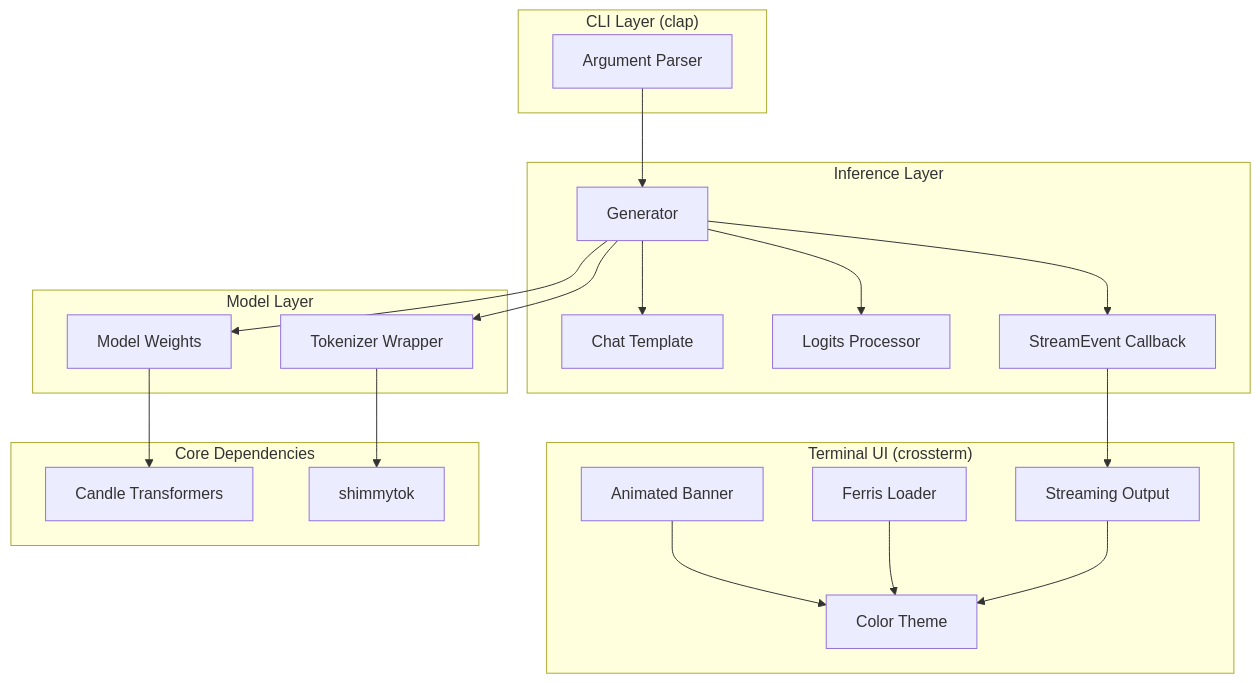
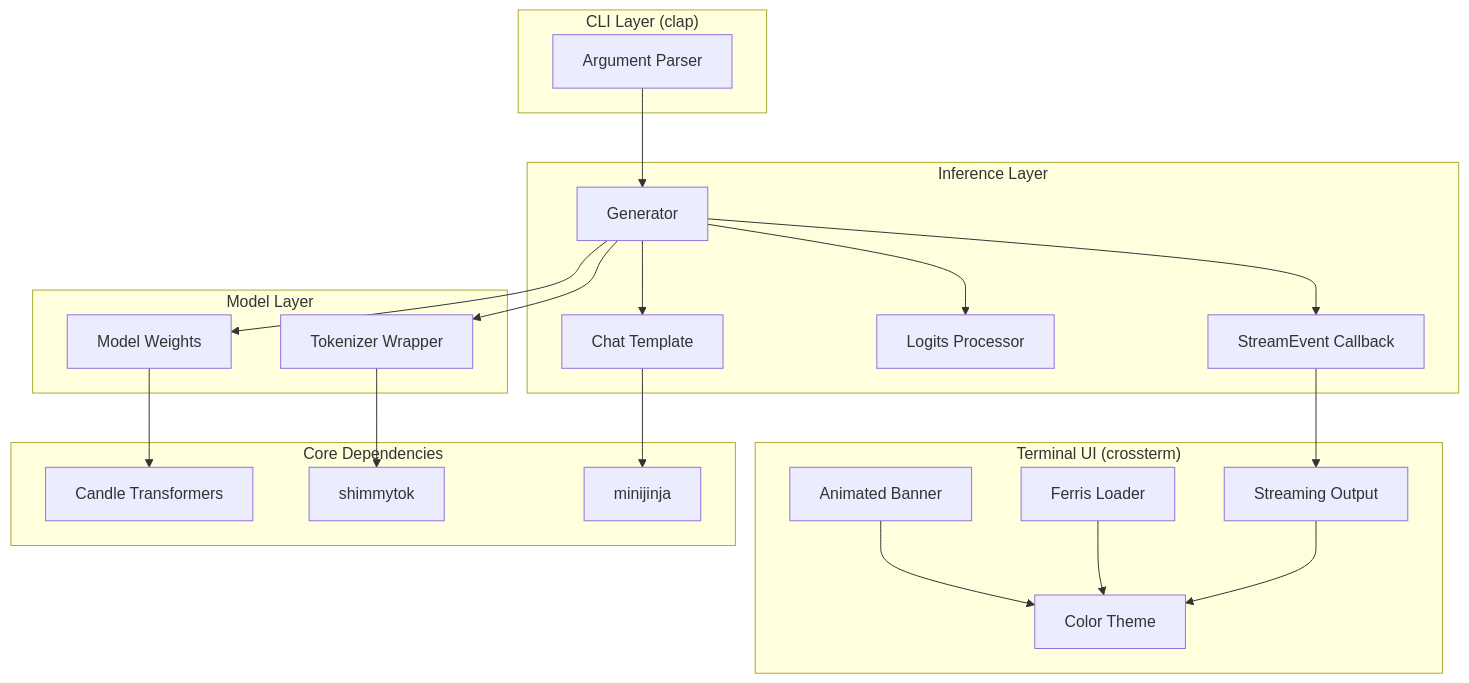
The second of 3 diagrams in README.md (theawakener0/oxide-rs), drawn with Mermaid before and after one commit. The commit also changed other lines of this file and 7 other files, not shown here.

````diff
--- a/README.md
+++ b/README.md
@@ -143,46 +176,48 @@
 ```mermaid
 graph TB
     subgraph CLI["CLI Layer (clap)"]
         args[Argument Parser]
     end
 
     subgraph TUI["Terminal UI (crossterm)"]
         banner[Animated Banner]
         loader[Ferris Loader]
         stream[Streaming Output]
         theme[Color Theme]
     end
 
     subgraph Inference["Inference Layer"]
         generator[Generator]
         template[Chat Template]
         sampler[Logits Processor]
         callback[StreamEvent Callback]
     end
 
     subgraph Model["Model Layer"]
         model[Model Weights]
         tokenizer[Tokenizer Wrapper]
     end
 
     subgraph Core["Core Dependencies"]
         candle[Candle Transformers]
         shimmytok[shimmytok]
+        minijinja[minijinja]
     end
 
     args --> generator
     generator --> template
     generator --> sampler
     generator --> model
     generator --> tokenizer
     generator --> callback
     
     callback --> stream
+    template --> minijinja
     
     model --> candle
     tokenizer --> shimmytok
     
     banner --> theme
     loader --> theme
     stream --> theme
 ```
````
